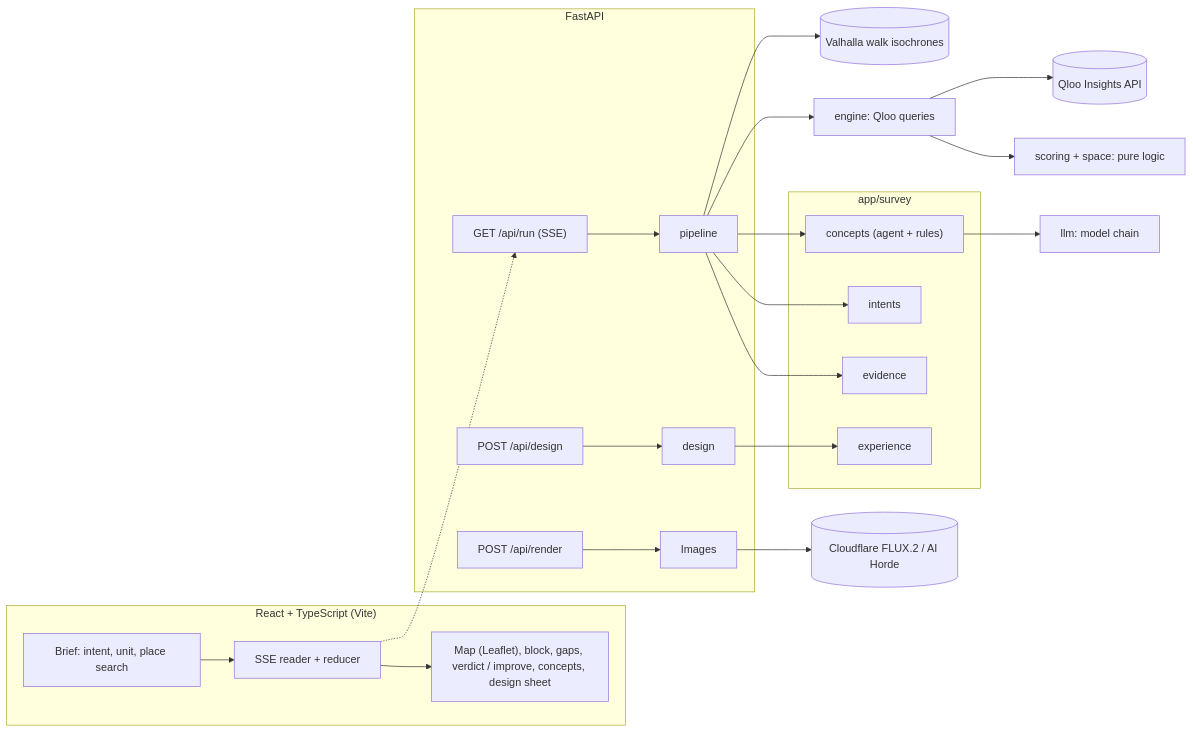
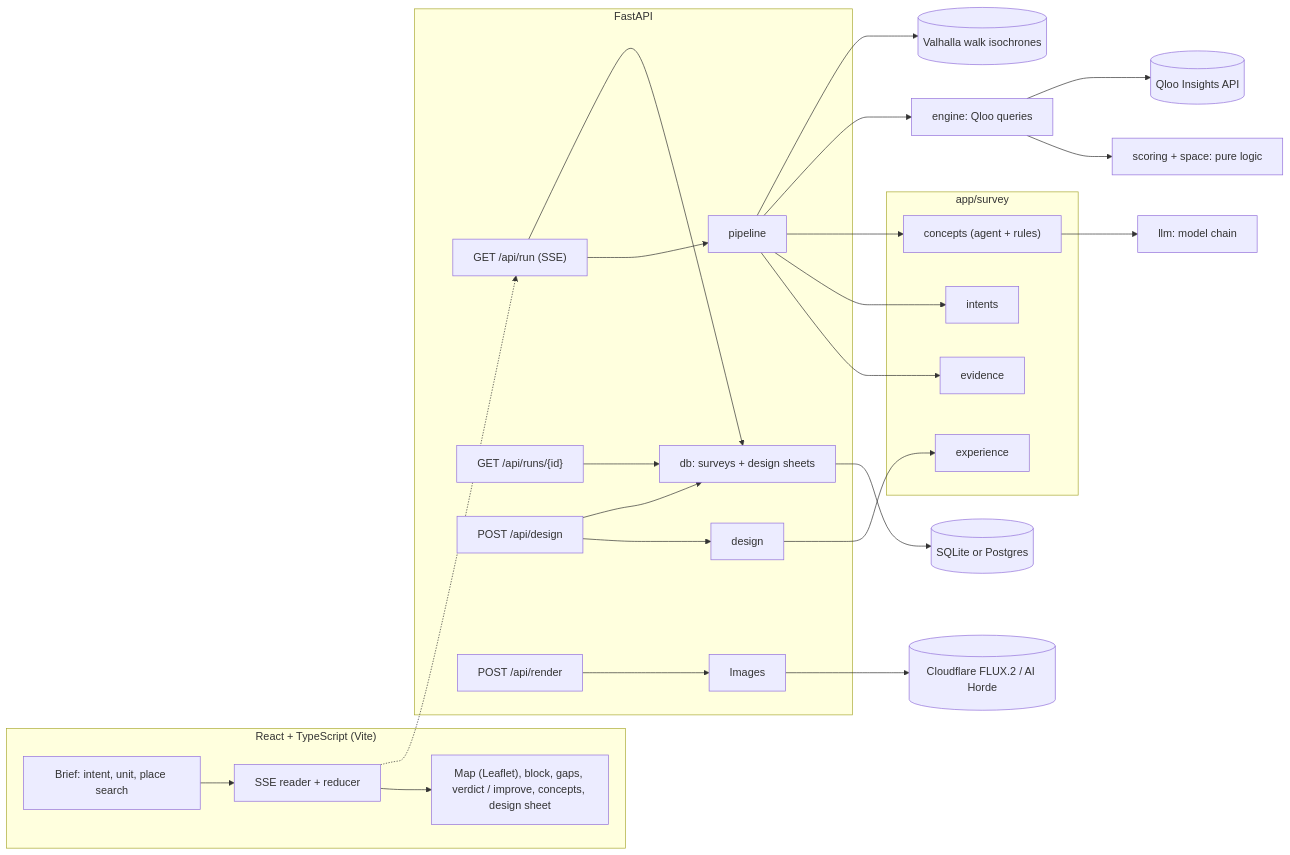
One commit to AhmedOsamaAli/walk-in changed the diagram in README.md. Above: the diagram before and after it, drawn with Mermaid. The commit also changed other lines of this file and 19 other files, not shown here.

First line of the commit message:
Surveys survive restarts: Postgres or SQLite storage, migrations and GET /api/runs/{id}

````diff
--- a/README.md
+++ b/README.md
@@ -69,25 +69,29 @@
 ```mermaid
 flowchart LR
   subgraph Browser["React + TypeScript (Vite)"]
     UI["Brief: intent, unit, place search"] --> Stream["SSE reader + reducer"]
     Stream --> Views["Map (Leaflet), block, gaps, verdict / improve, concepts, design sheet"]
   end
   subgraph API["FastAPI"]
     Run["GET /api/run (SSE)"] --> Pipeline
+    Record["GET /api/runs/{id}"] --> Store
     Design["POST /api/design"] --> Sheets
     Render["POST /api/render"] --> Images
   end
   subgraph Survey["app/survey"]
     Pipeline["pipeline"] --> Evidence["evidence"]
     Pipeline --> Intents["intents"]
     Pipeline --> Concepts["concepts (agent + rules)"]
     Sheets["design"] --> Experience["experience"]
   end
   Engine["engine: Qloo queries"] --> Scoring["scoring + space: pure logic"]
   Pipeline --> Engine
   Concepts --> LLM["llm: model chain"]
   Engine --> Qloo[("Qloo Insights API")]
   Pipeline --> Walk[("Valhalla walk isochrones")]
   Images --> Gen[("Cloudflare FLUX.2 / AI Horde")]
+  Run --> Store["db: surveys + design sheets"]
+  Design --> Store
+  Store --> Database[("SQLite or Postgres")]
   Stream -.-> Run
 ```
````
